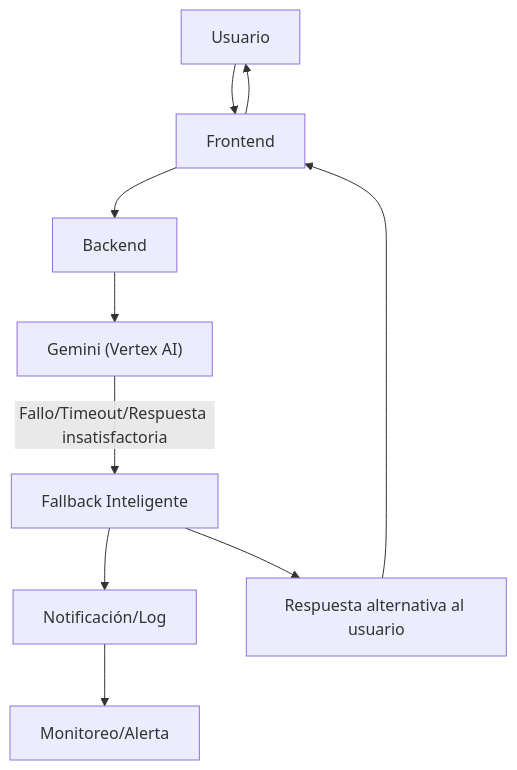
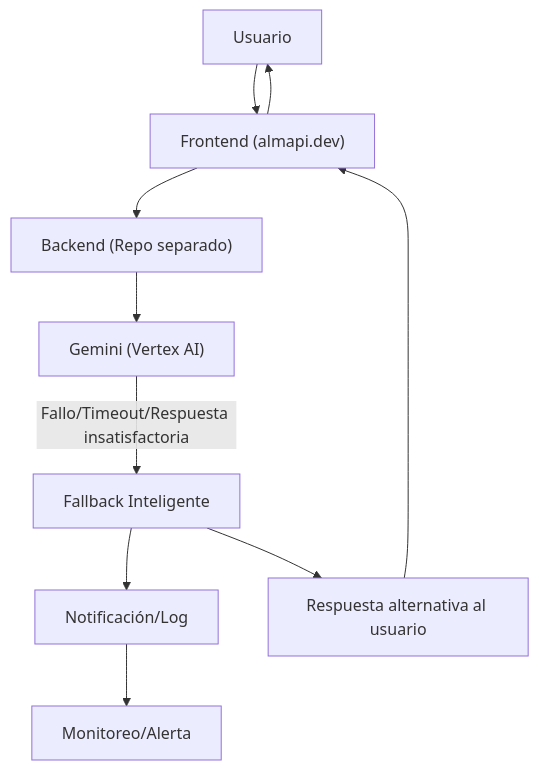
Diagram 26 of 27 in docs/tech-solution.md (LIDR-academy/AI4Devs-finalproject), drawn with Mermaid before and after one commit. The commit also changed other lines of this file and 13 other files, not shown here.

````diff
--- a/docs/tech-solution.md
+++ b/docs/tech-solution.md
@@ -241,12 +1949,12 @@
 ```mermaid
 flowchart TD
-    A["Usuario"] --> B["Frontend"]
-    B --> C["Backend"]
+    A["Usuario"] --> B["Frontend (almapi.dev)"]
+    B --> C["Backend (Repo separado)"]
     C --> D["Gemini (Vertex AI)"]
     D -- "Fallo/Timeout/Respuesta insatisfactoria" --> E["Fallback Inteligente"]
     E --> F["Notificación/Log"]
     E --> G["Respuesta alternativa al usuario"]
     F --> H["Monitoreo/Alerta"]
     G --> B
     B --> A
 ```
````
